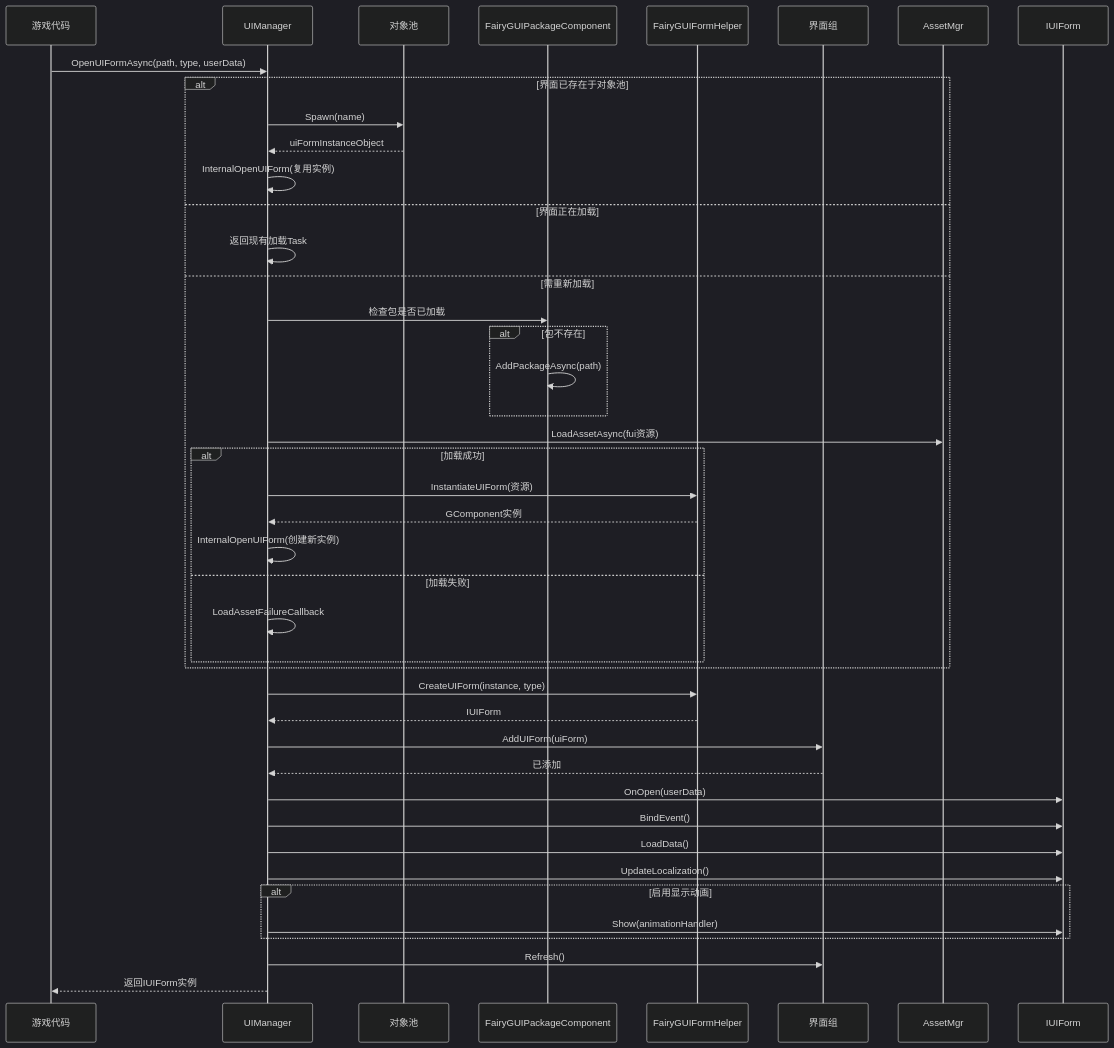
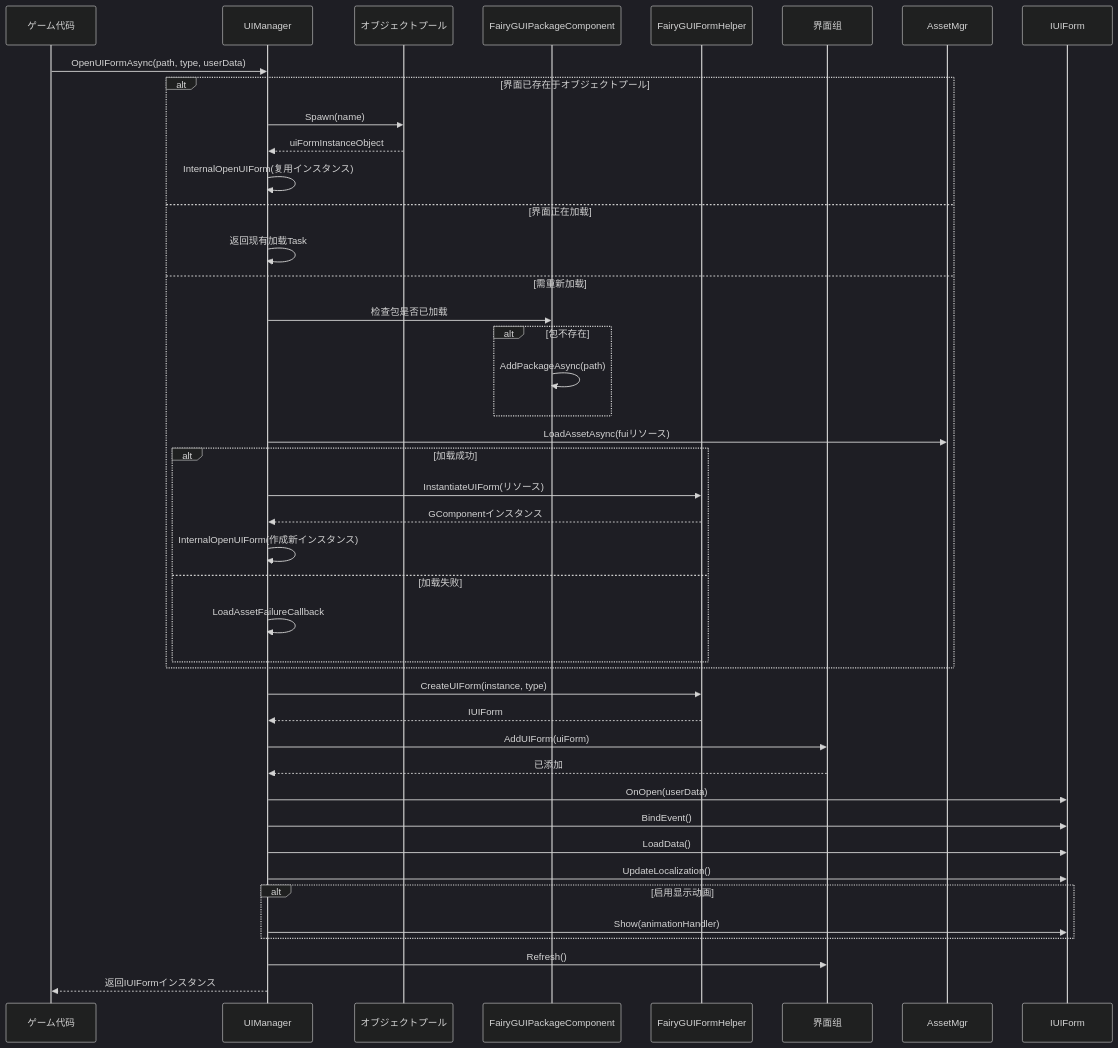
The second of 3 diagrams in docs/ja/client/unity/component/ui-fairygui/08.ui-manager.md (AlianBlank/GameFrameX.Docs), drawn with Mermaid (dark theme) before and after one commit. The commit also changed other lines of this file and 603 other files, not shown here.

````diff
--- a/docs/ja/client/unity/component/ui-fairygui/08.ui-manager.md
+++ b/docs/ja/client/unity/component/ui-fairygui/08.ui-manager.md
@@ -89,52 +89,52 @@
 ```mermaid
 sequenceDiagram
-    participant Game as 游戏代码
+    participant Game as ゲーム代码
     participant UIMgr as UIManager
-    participant Pool as 对象池
+    participant Pool as オブジェクトプール
     participant Package as FairyGUIPackageComponent
     participant FormHelper as FairyGUIFormHelper
     participant UIGroup as 界面组
 
     Game->>UIMgr: OpenUIFormAsync(path, type, userData)
     
-    alt 界面已存在于对象池
+    alt 界面已存在于オブジェクトプール
         UIMgr->>Pool: Spawn(name)
         Pool-->>UIMgr: uiFormInstanceObject
-        UIMgr->>UIMgr: InternalOpenUIForm(复用实例)
+        UIMgr->>UIMgr: InternalOpenUIForm(复用インスタンス)
     else 界面正在加载
         UIMgr->>UIMgr: 返回现有加载Task
     else 需重新加载
         UIMgr->>Package: 检查包是否已加载
         alt 包不存在
             Package->>Package: AddPackageAsync(path)
         end
         
-        UIMgr->>AssetMgr: LoadAssetAsync(fui资源)
+        UIMgr->>AssetMgr: LoadAssetAsync(fuiリソース)
         
         alt 加载成功
-            UIMgr->>FormHelper: InstantiateUIForm(资源)
-            FormHelper-->>UIMgr: GComponent实例
-            UIMgr->>UIMgr: InternalOpenUIForm(创建新实例)
+            UIMgr->>FormHelper: InstantiateUIForm(リソース)
+            FormHelper-->>UIMgr: GComponentインスタンス
+            UIMgr->>UIMgr: InternalOpenUIForm(作成新インスタンス)
         else 加载失败
             UIMgr->>UIMgr: LoadAssetFailureCallback
         end
     end
     
     UIMgr->>FormHelper: CreateUIForm(instance, type)
     FormHelper-->>UIMgr: IUIForm
     
     UIMgr->>UIGroup: AddUIForm(uiForm)
     UIGroup-->>UIMgr: 已添加
     
     UIMgr->>IUIForm: OnOpen(userData)
     UIMgr->>IUIForm: BindEvent()
     UIMgr->>IUIForm: LoadData()
     UIMgr->>IUIForm: UpdateLocalization()
     
     alt 启用显示动画
         UIMgr->>IUIForm: Show(animationHandler)
     end
     
     UIMgr->>UIGroup: Refresh()
-    UIMgr-->>Game: 返回IUIForm实例
+    UIMgr-->>Game: 返回IUIFormインスタンス
 ```
````
